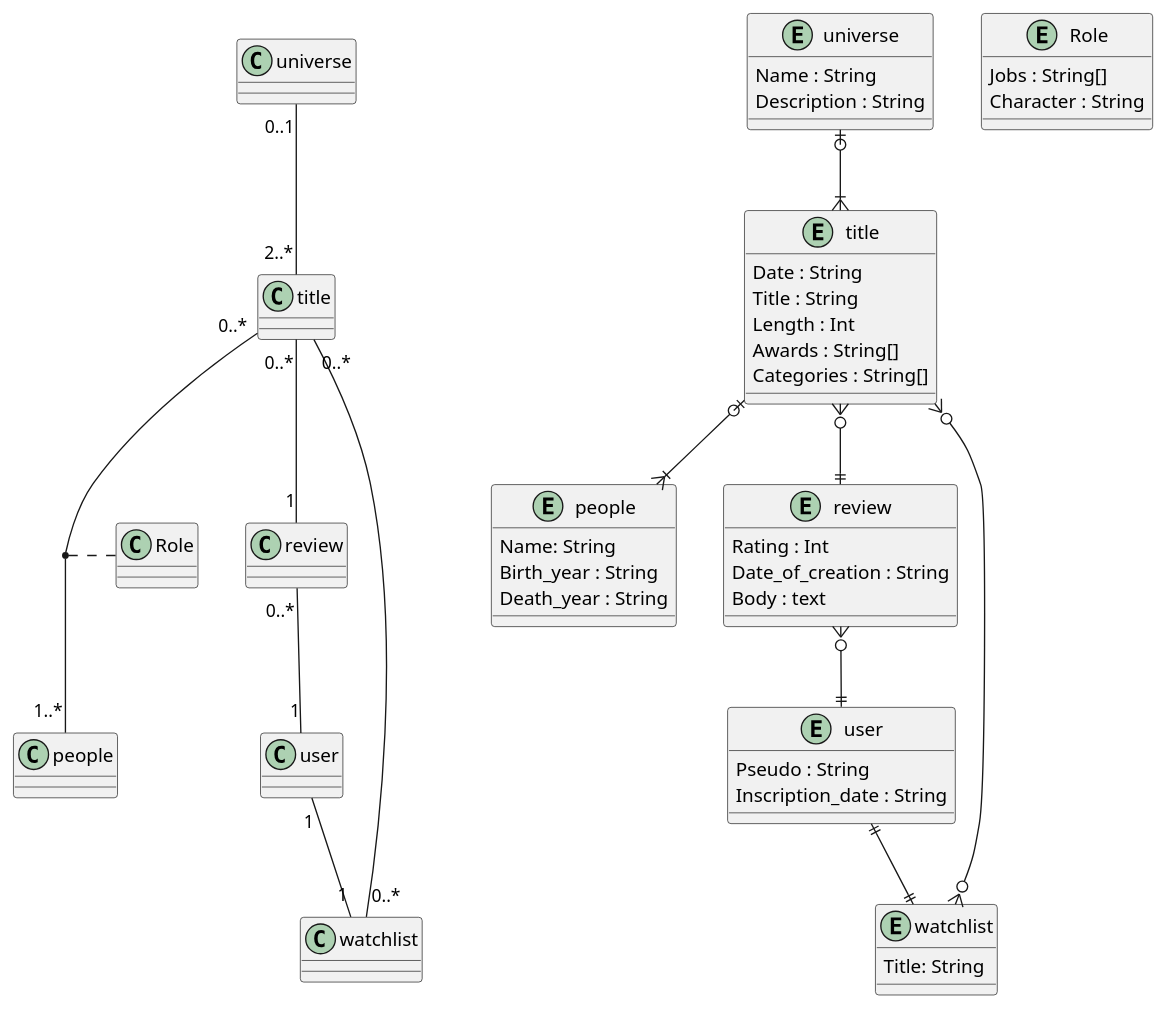
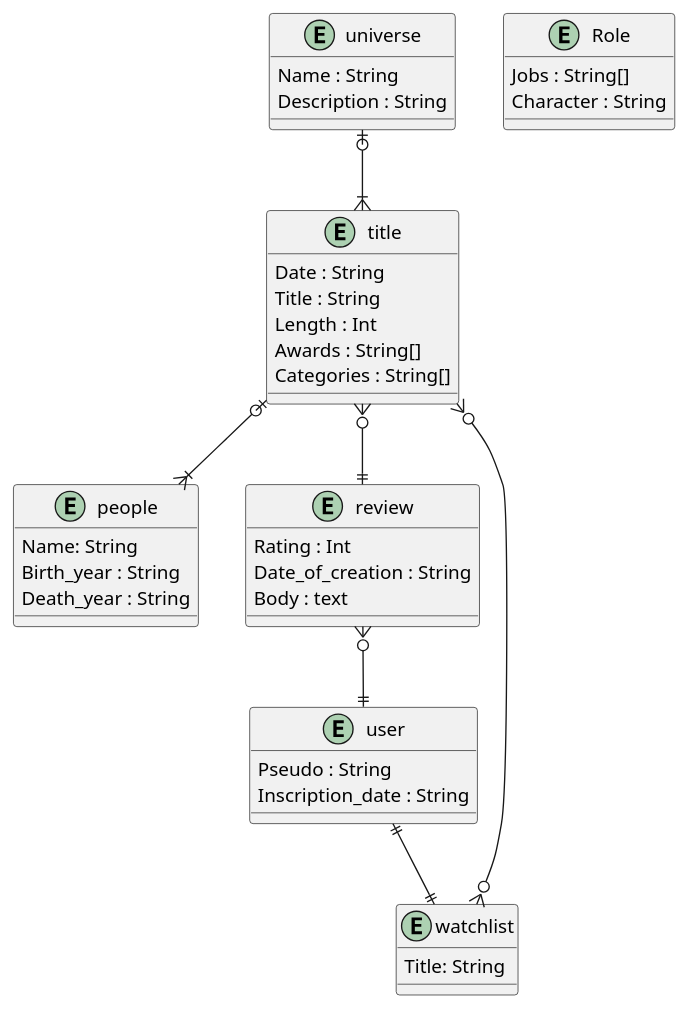
Before and after one commit to bilboque/MOOVIE_RECOMMENDER: the diagram in checkpoint1/erd.puml, drawn with PlantUML. The commit also changed 1 other file, not shown here.

Commit message:
modified erd

```diff
--- a/checkpoint1/erd.puml
+++ b/checkpoint1/erd.puml
@@ -1,58 +1,49 @@
 @startuml
 
 entity "universe" as e1 {
 	Name : String    
     	Description : String
 }
 
 entity "title" as e2 {
 	Date : String
 	Title : String
 	Length : Int
 	Awards : String[]
 	Categories : String[]
 }
 
 entity "people" as e3 {
 	Name: String
 	Birth_year : String
 	Death_year : String
 }
 
 entity "watchlist" as e4 {
 	Title: String
 }
 
 entity "user" as e5 {
 	Pseudo : String
 	Inscription_date : String
 }
 
 entity "review" as e6 {
 	Rating : Int
 	Date_of_creation : String
 	Body : text
 }
 
-universe "0..1" -- "2..*" title
-title "0..*" -- "1..*" people
-title "0..*" -- "1" review
-review "0..*" -- "1" user
-user "1" -- "1" watchlist
-watchlist "0..*" -- "0..*" title
-
-(title, people) .. Role
-
 entity "Role" as e7 {
     Jobs : String[]
     Character : String
 }
 
 e1 |o--|{ e2 
 e2 |o--|{ e3 
 e2 }o--|| e6 
 e6 }o--|| e5 
 e5 ||--|| e4
 e4 }o--o{ e2
 
 @enduml
```
